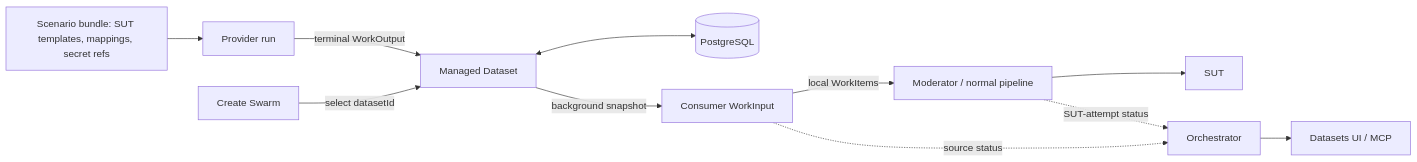
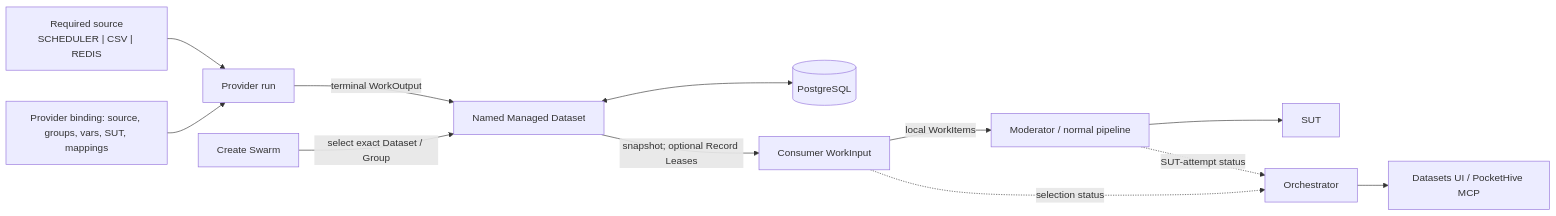
One commit to sepa79/PocketHive changed the diagram in docs/inProgress/managed-datasets-team-design-overview.md. Above: the diagram before and after it, drawn with Mermaid. The commit also changed other lines of this file and 2 other files, not shown here.

````diff
--- a/docs/inProgress/managed-datasets-team-design-overview.md
+++ b/docs/inProgress/managed-datasets-team-design-overview.md
@@ -37,13 +115,14 @@
 ```mermaid
 flowchart LR
-  B["Scenario bundle: SUT templates, mappings, secret refs"] --> P["Provider run"]
-  P -->|"terminal WorkOutput"| D["Managed Dataset"]
+  PS["Required source<br/>SCHEDULER | CSV | REDIS"] --> P["Provider run"]
+  B["Provider binding: source, groups, vars, SUT, mappings"] --> P
+  P -->|"terminal WorkOutput"| D["Named Managed Dataset"]
   D <--> PG[("PostgreSQL")]
-  CS["Create Swarm"] -->|"select datasetId"| D
-  D -->|"background snapshot"| C["Consumer WorkInput"]
+  CS["Create Swarm"] -->|"select exact Dataset / Group"| D
+  D -->|"snapshot; optional Record Leases"| C["Consumer WorkInput"]
   C -->|"local WorkItems"| M["Moderator / normal pipeline"]
   M --> SUT["SUT"]
-  C -.->|"source status"| O["Orchestrator"]
+  C -.->|"selection status"| O["Orchestrator"]
   M -.->|"SUT-attempt status"| O
-  O --> V["Datasets UI / MCP"]
+  O --> V["Datasets UI / PocketHive MCP"]
 ```
````
